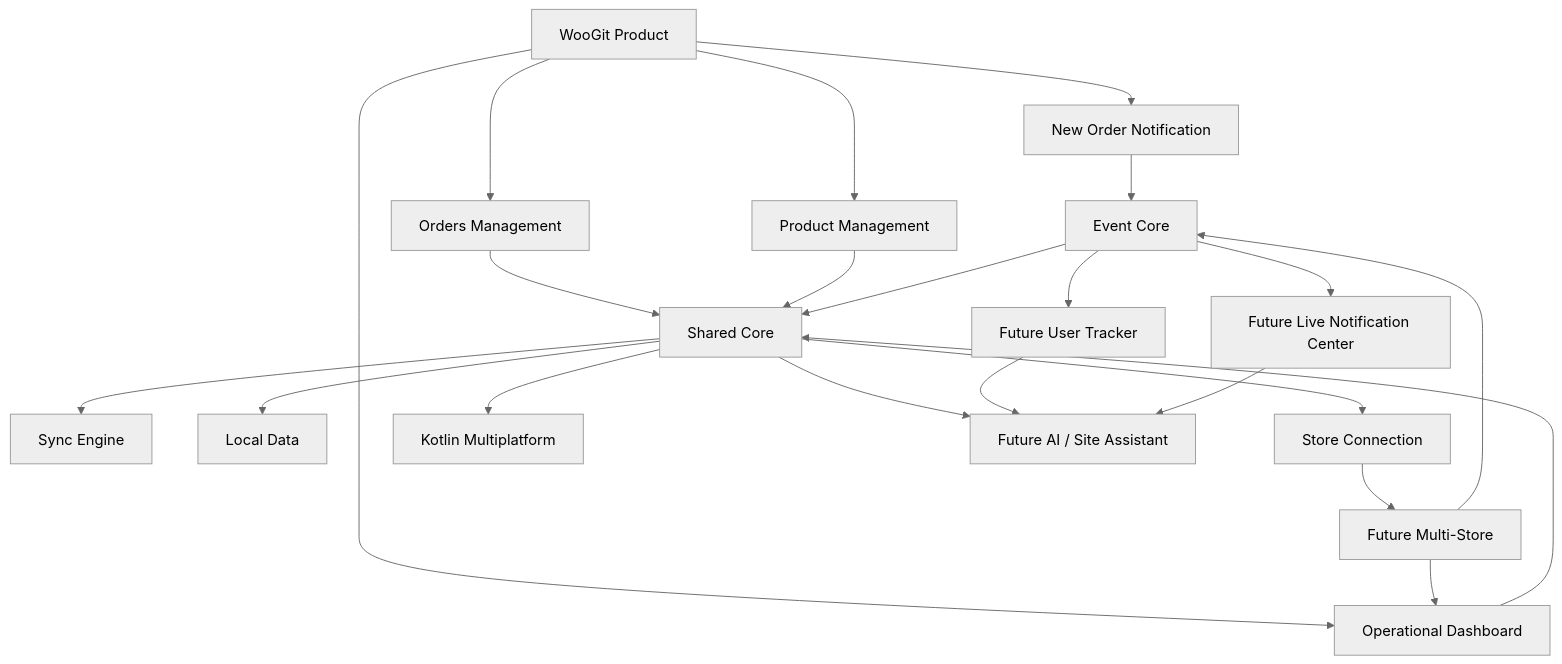
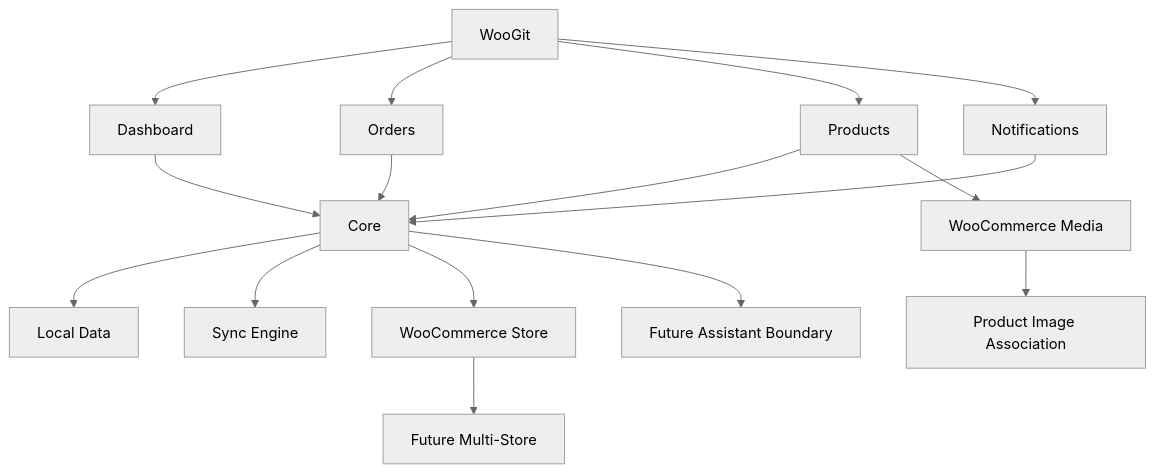
One commit to samanramezani1377-hub/woogit changed the diagram in docs/PROJECT_MAP.md. Above: the diagram before and after it, drawn with Mermaid (neutral theme). The commit also changed other lines of this file, not shown here.

````diff
--- a/docs/PROJECT_MAP.md
+++ b/docs/PROJECT_MAP.md
@@ -79,29 +46,19 @@
 ```mermaid
 flowchart TD
-    Product[WooGit Product]
-    Product --> Immediate[New Order Notification]
-    Product --> Orders[Orders Management]
-    Product --> Products[Product Management]
-    Product --> Dashboard[Operational Dashboard]
-
-    Immediate --> Events[Event Core]
-    Orders --> Core[Shared Core]
+    Product[WooGit]
+    Product --> Dashboard[Dashboard]
+    Product --> Orders[Orders]
+    Product --> Products[Products]
+    Product --> Notifications[Notifications]
+    Dashboard --> Core[Core]
+    Orders --> Core
     Products --> Core
-    Events --> Core
-    Dashboard --> Core
-
+    Notifications --> Core
+    Core --> Local[Local Data]
     Core --> Sync[Sync Engine]
-    Core --> Local[Local Data]
-    Core --> Store[Store Connection]
-    Core --> KMP[Kotlin Multiplatform]
-
-    Events --> Tracker[Future User Tracker]
-    Events --> Live[Future Live Notification Center]
-    Core --> Assistant[Future AI / Site Assistant]
-    Tracker --> Assistant
-    Live --> Assistant
-
+    Core --> Store[WooCommerce Store]
+    Products --> Media[WooCommerce Media]
+    Media --> ProductImage[Product Image Association]
     Store --> Multi[Future Multi-Store]
-    Multi --> Dashboard
-    Multi --> Events
+    Core --> Assistant[Future Assistant Boundary]
 ```
````
